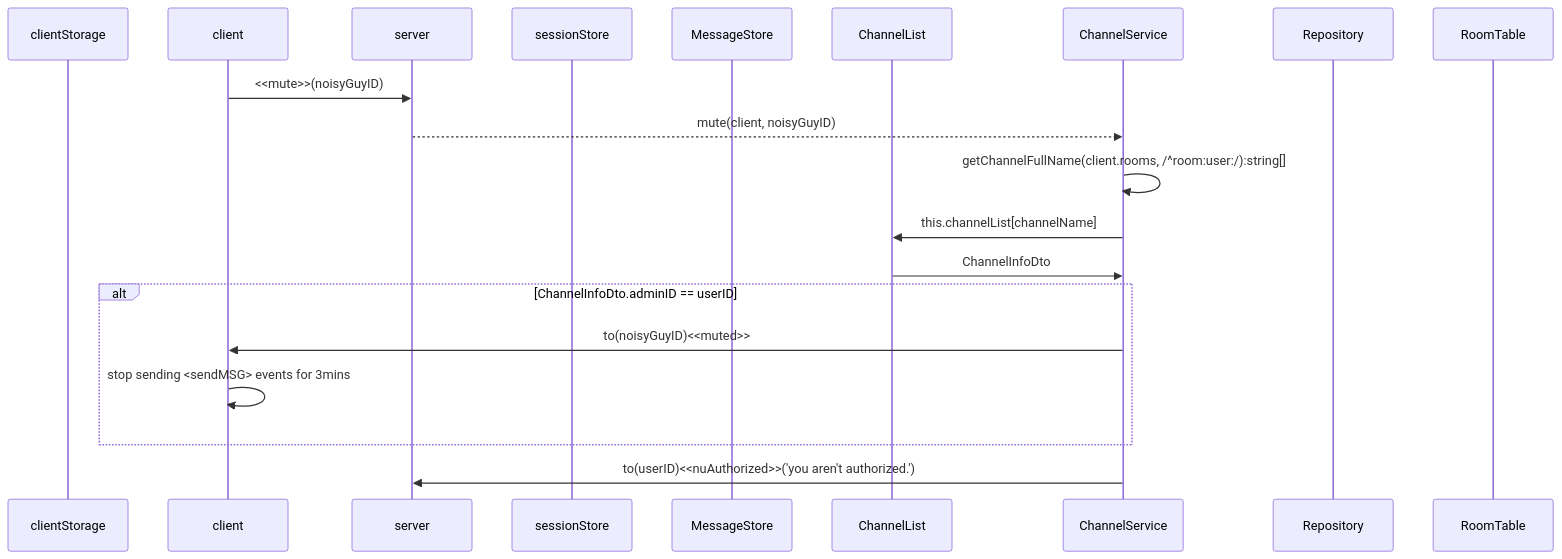
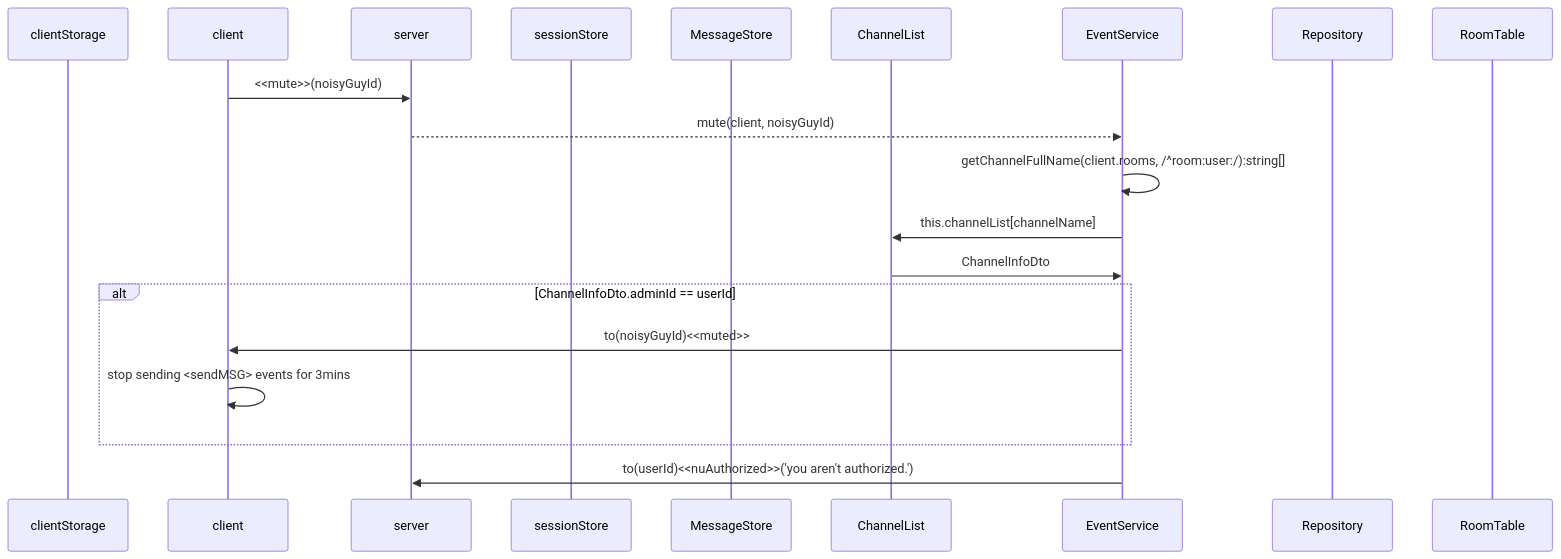
Diagram 14 of 19 in backend/node/app/event.md (mtak0235/simmons_transcendence), drawn with Mermaid before and after one commit. The commit also changed other lines of this file and 1 other file, not shown here.

````diff
--- a/backend/node/app/event.md
+++ b/backend/node/app/event.md
@@ -370,23 +347,23 @@
 ```mermaid
 sequenceDiagram
 participant cls as clientStorage
 participant c as client
 participant ga as server
 participant ss as sessionStore
 participant ms as MessageStore
 participant cns as ChannelList
-participant cs as ChannelService
+participant cs as EventService
 participant r as Repository
 participant rt as RoomTable
 
-c->>ga: <<mute>>(noisyGuyID)
-ga-->>cs: mute(client, noisyGuyID)
+c->>ga: <<mute>>(noisyGuyId)
+ga-->>cs: mute(client, noisyGuyId)
 cs->>cs: getChannelFullName(client.rooms, /^room:user:/):string[]
 cs->>cns: this.channelList[channelName]
 cns->>cs: ChannelInfoDto
-alt ChannelInfoDto.adminID == userID
-cs->>c: to(noisyGuyID)<<muted>>
+alt ChannelInfoDto.adminId == userId
+cs->>c: to(noisyGuyId)<<muted>>
 c->>c: stop sending <sendMSG> events for 3mins
 end
-cs->>ga: to(userID)<<nuAuthorized>>('you aren't authorized.')
+cs->>ga: to(userId)<<nuAuthorized>>('you aren't authorized.')
 ```
````
